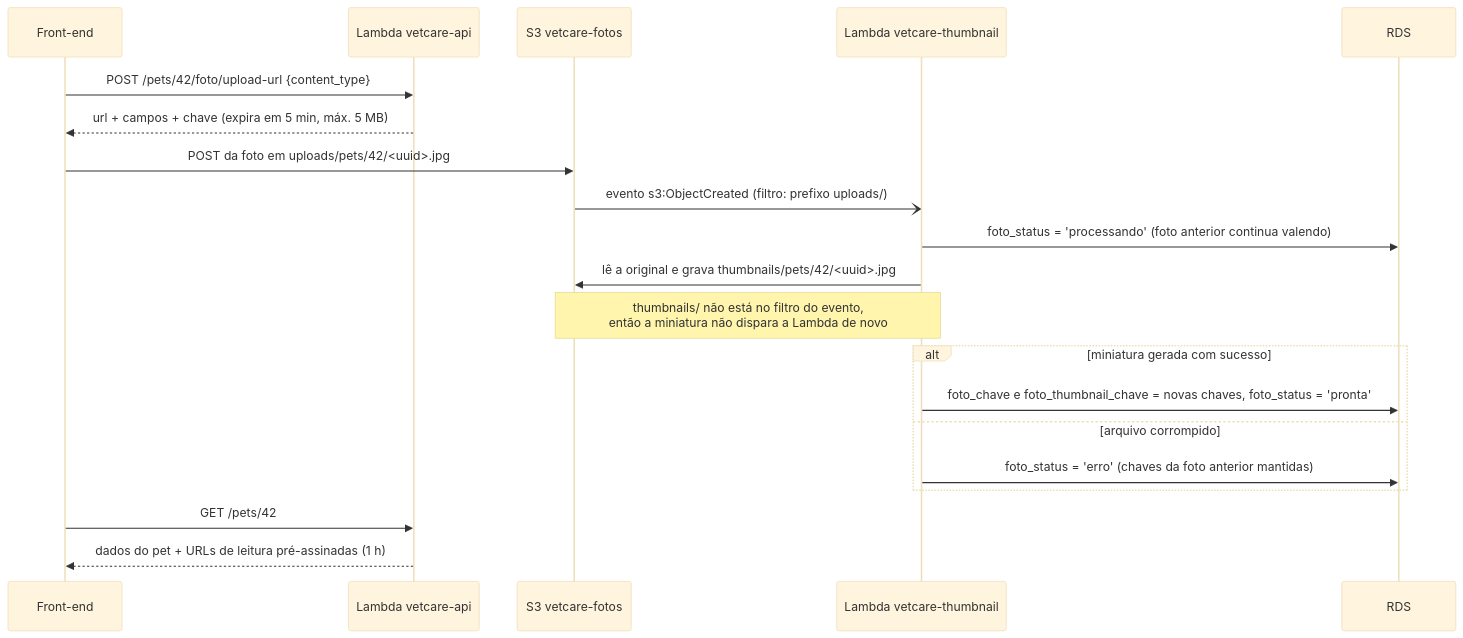
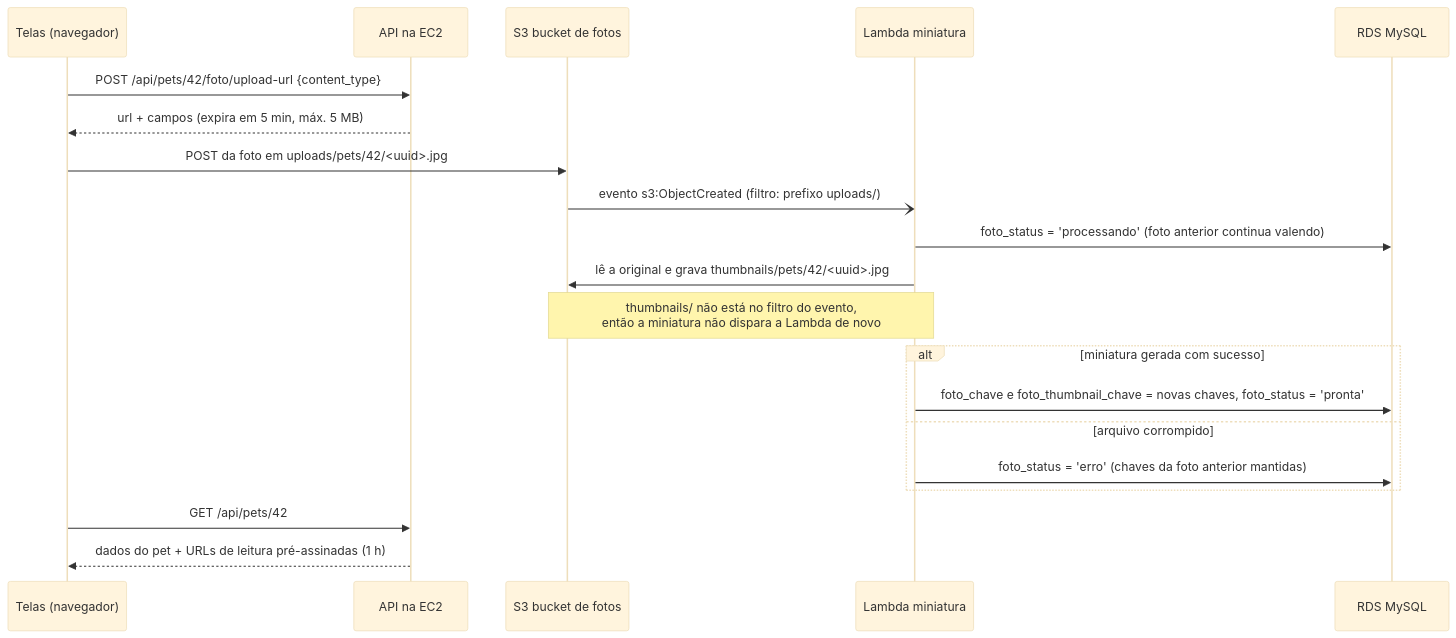
One commit to AnaBeatrizOliver/Projeto-de-Nuvem- changed the second of 3 diagrams in specs/design.md. Above: the diagram before and after it, drawn with Mermaid (base theme). The commit also changed other lines of this file and 11 other files, not shown here.

````diff
--- a/specs/design.md
+++ b/specs/design.md
@@ -86,23 +81,23 @@
 ```mermaid
 sequenceDiagram
-    participant F as Front-end
-    participant A as Lambda vetcare-api
-    participant S as S3 vetcare-fotos
-    participant T as Lambda vetcare-thumbnail
-    participant D as RDS
+    participant F as Telas (navegador)
+    participant A as API na EC2
+    participant S as S3 bucket de fotos
+    participant T as Lambda miniatura
+    participant D as RDS MySQL
 
-    F->>A: POST /pets/42/foto/upload-url {content_type}
-    A-->>F: url + campos + chave (expira em 5 min, máx. 5 MB)
+    F->>A: POST /api/pets/42/foto/upload-url {content_type}
+    A-->>F: url + campos (expira em 5 min, máx. 5 MB)
     F->>S: POST da foto em uploads/pets/42/<uuid>.jpg
     S-)T: evento s3:ObjectCreated (filtro: prefixo uploads/)
     T->>D: foto_status = 'processando' (foto anterior continua valendo)
     T->>S: lê a original e grava thumbnails/pets/42/<uuid>.jpg
     Note over S,T: thumbnails/ não está no filtro do evento,<br/>então a miniatura não dispara a Lambda de novo
     alt miniatura gerada com sucesso
         T->>D: foto_chave e foto_thumbnail_chave = novas chaves, foto_status = 'pronta'
     else arquivo corrompido
         T->>D: foto_status = 'erro' (chaves da foto anterior mantidas)
     end
-    F->>A: GET /pets/42
+    F->>A: GET /api/pets/42
     A-->>F: dados do pet + URLs de leitura pré-assinadas (1 h)
 ```
````
